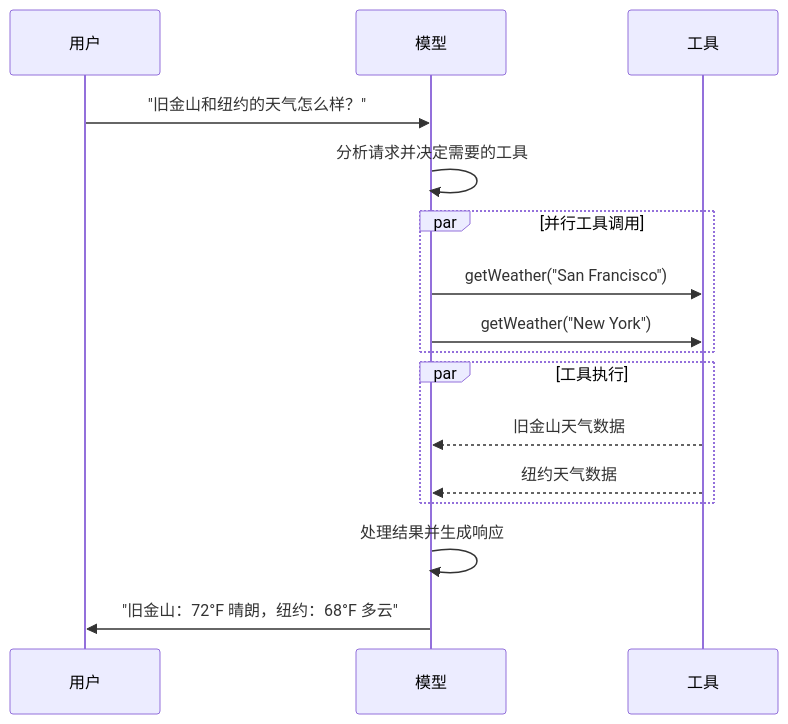
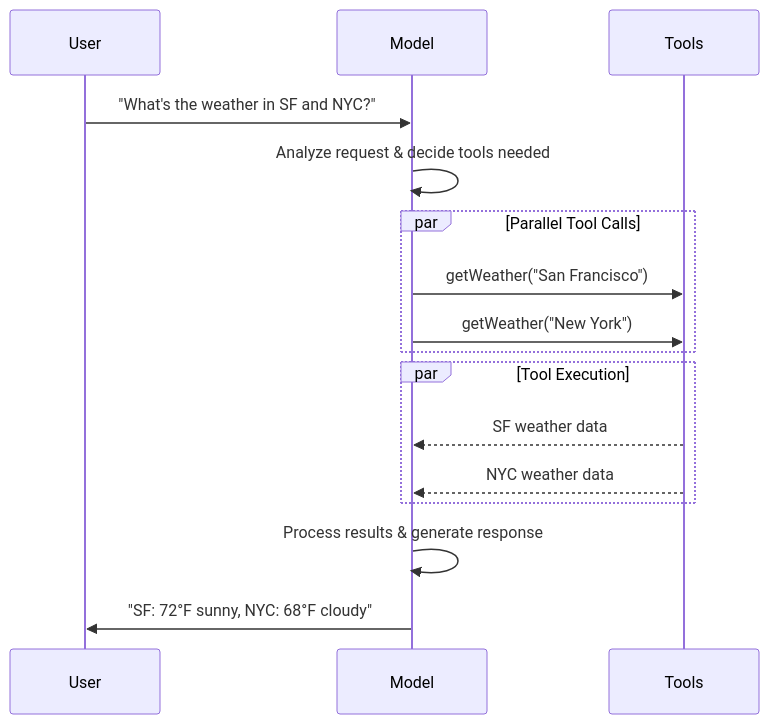
The diagram in oss/javascript/langchain/models.mdx (kunfan96/cndocs-langchain), drawn with Mermaid before and after one commit. The commit also changed other lines of this file and 2538 other files, not shown here.

````diff
--- a/oss/javascript/langchain/models.mdx
+++ b/oss/javascript/langchain/models.mdx
@@ -354,22 +348,22 @@
 ```mermaid
 sequenceDiagram
-    participant U as 用户
-    participant M as 模型
-    participant T as 工具
+    participant U as User
+    participant M as Model
+    participant T as Tools
 
-    U->>M: "旧金山和纽约的天气怎么样？"
-    M->>M: 分析请求并决定需要的工具
+    U->>M: "What's the weather in SF and NYC?"
+    M->>M: Analyze request & decide tools needed
 
-    par 并行工具调用
+    par Parallel Tool Calls
         M->>T: getWeather("San Francisco")
         M->>T: getWeather("New York")
     end
 
-    par 工具执行
-        T-->>M: 旧金山天气数据
-        T-->>M: 纽约天气数据
+    par Tool Execution
+        T-->>M: SF weather data
+        T-->>M: NYC weather data
     end
 
-    M->>M: 处理结果并生成响应
-    M->>U: "旧金山：72°F 晴朗，纽约：68°F 多云"
+    M->>M: Process results & generate response
+    M->>U: "SF: 72°F sunny, NYC: 68°F cloudy"
 ```
````
